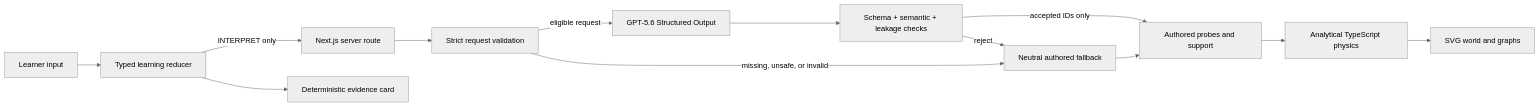
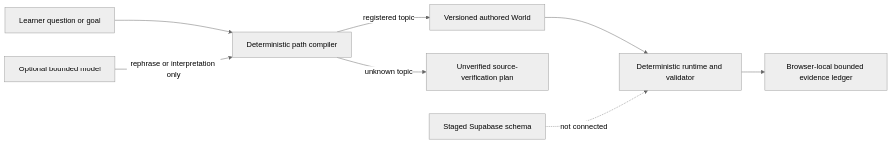
Before and after one commit to RanaPriyansh/modelshift: the diagram in README.md, drawn with Mermaid (neutral theme). The commit also changed other lines of this file and 88 other files, not shown here.

Commit message:
feat: rebuild ModelShift as FORGE learning OS

````diff
--- a/README.md
+++ b/README.md
@@ -69,15 +44,10 @@
 ```mermaid
 flowchart LR
-    L["Learner input"] --> R["Typed learning reducer"]
-    R -->|"INTERPRET only"| A["Next.js server route"]
-    A --> V["Strict request validation"]
-    V -->|"eligible request"| G["GPT-5.6 Structured Output"]
-    G --> S["Schema + semantic + leakage checks"]
-    V -->|"missing, unsafe, or invalid"| F["Neutral authored fallback"]
-    S -->|"accepted IDs only"| C["Authored probes and support"]
-    S -->|"reject"| F
-    F --> C
-    C --> P["Analytical TypeScript physics"]
-    P --> U["SVG world and graphs"]
-    R --> E["Deterministic evidence card"]
+    Q["Learner question or goal"] --> P["Deterministic path compiler"]
+    P -->|"registered topic"| W["Versioned authored World"]
+    P -->|"unknown topic"| X["Unverified source-verification plan"]
+    W --> R["Deterministic runtime and validator"]
+    R --> E["Browser-local bounded evidence ledger"]
+    M["Optional bounded model"] -->|"rephrase or interpretation only"| P
+    DB["Staged Supabase schema"] -.->|"not connected"| R
 ```
````
